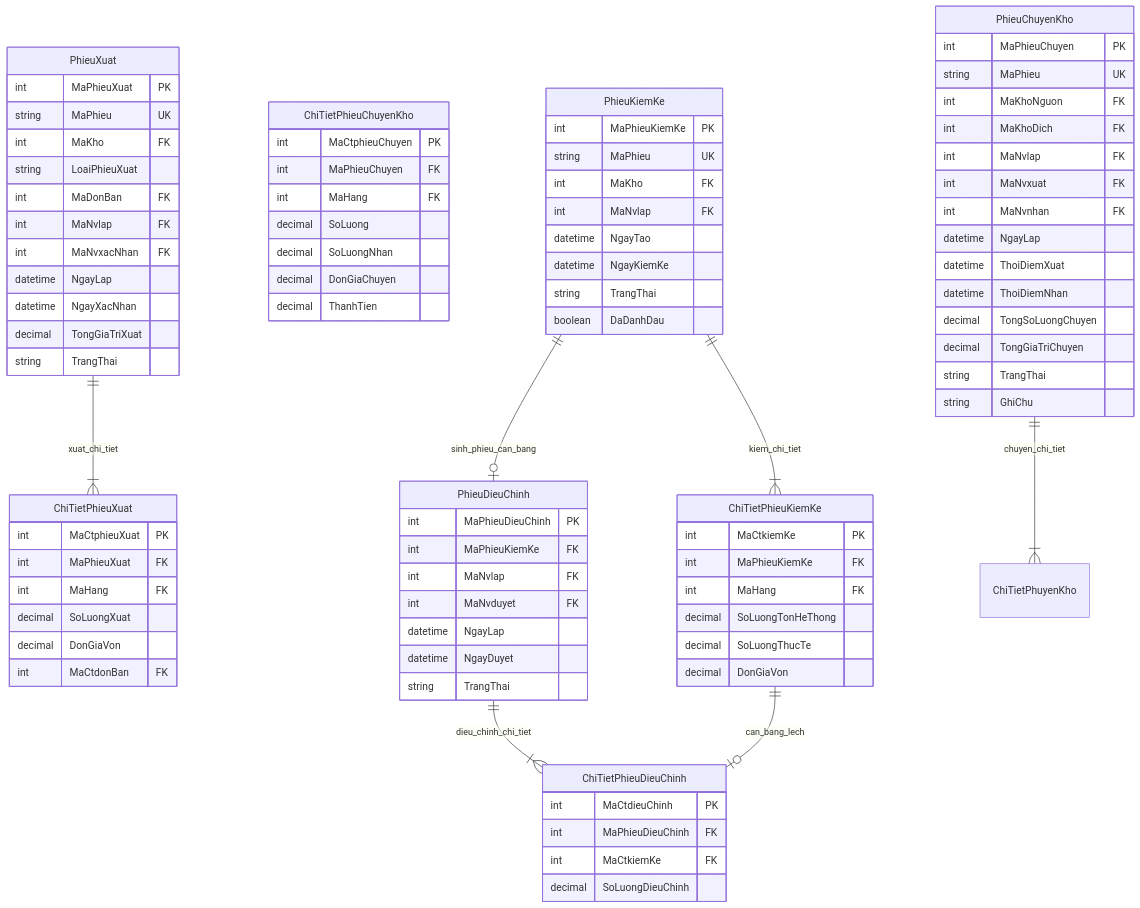
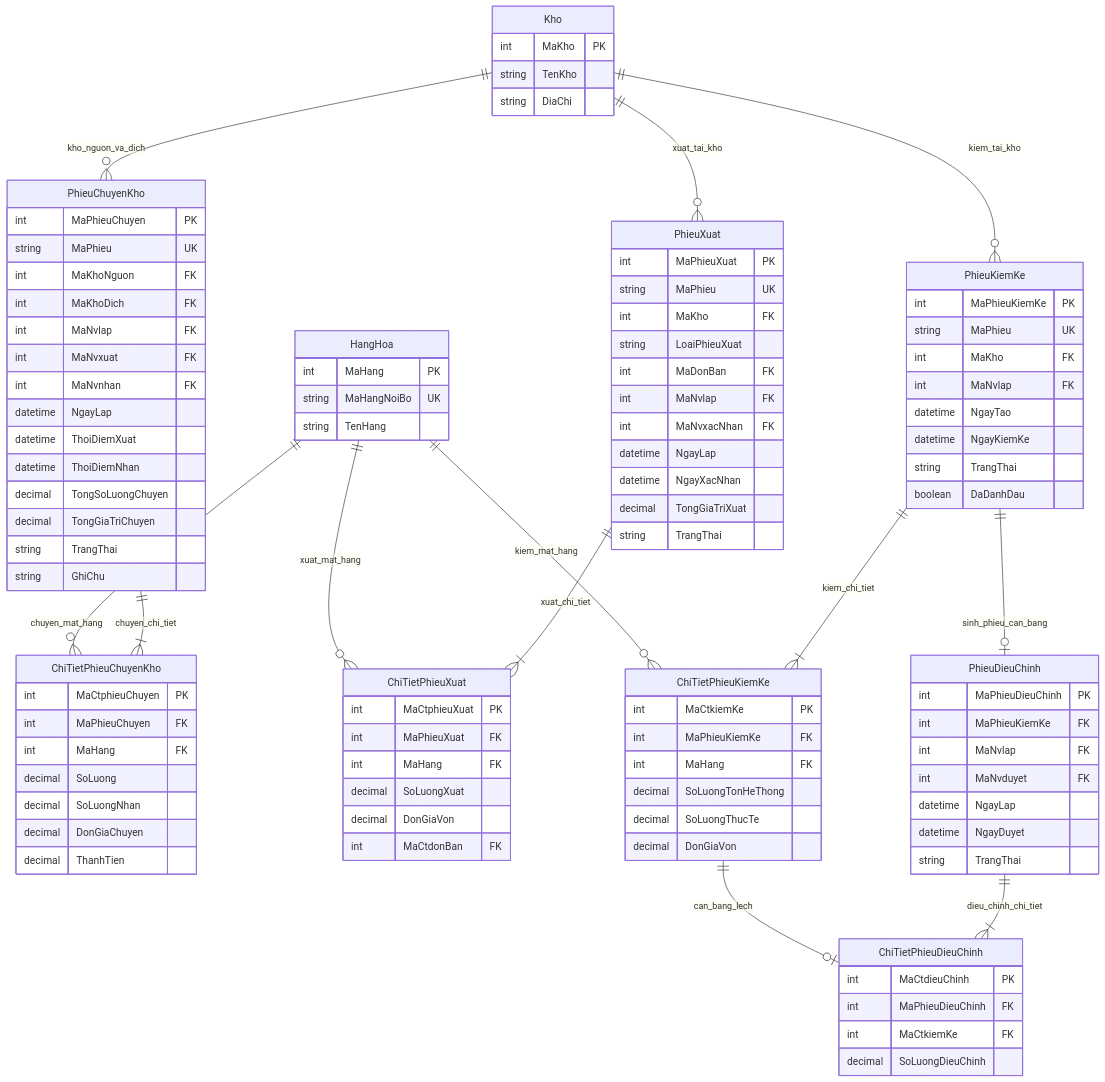
The fifth of 6 diagrams in docs/so-do-er-va-rm-csdl.md (Buituananh3101/BTL-LTW-QuanLiKho-2), drawn with Mermaid before and after one commit. The commit also changed 18 other files, not shown here.

````diff
--- a/docs/so-do-er-va-rm-csdl.md
+++ b/docs/so-do-er-va-rm-csdl.md
@@ -284,5 +284,17 @@
 ```mermaid
 erDiagram
+    Kho {
+        int MaKho PK
+        string TenKho
+        string DiaChi
+    }
+
+    HangHoa {
+        int MaHang PK
+        string MaHangNoiBo UK
+        string TenHang
+    }
+
     PhieuChuyenKho {
         int MaPhieuChuyen PK
         string MaPhieu UK
@@ -370,10 +382,18 @@
         decimal SoLuongDieuChinh
     }
 
-    PhieuChuyenKho ||--|{ ChiTietPhuyenKho : "chuyen_chi_tiet"
+    Kho ||--o{ PhieuChuyenKho : "kho_nguon_va_dich"
+    Kho ||--o{ PhieuXuat : "xuat_tai_kho"
+    Kho ||--o{ PhieuKiemKe : "kiem_tai_kho"
+
+    PhieuChuyenKho ||--|{ ChiTietPhieuChuyenKho : "chuyen_chi_tiet"
     PhieuXuat ||--|{ ChiTietPhieuXuat : "xuat_chi_tiet"
     PhieuKiemKe ||--|{ ChiTietPhieuKiemKe : "kiem_chi_tiet"
     PhieuKiemKe ||--o| PhieuDieuChinh : "sinh_phieu_can_bang"
     PhieuDieuChinh ||--|{ ChiTietPhieuDieuChinh : "dieu_chinh_chi_tiet"
     ChiTietPhieuKiemKe ||--o| ChiTietPhieuDieuChinh : "can_bang_lech"
+
+    HangHoa ||--o{ ChiTietPhieuChuyenKho : "chuyen_mat_hang"
+    HangHoa ||--o{ ChiTietPhieuXuat : "xuat_mat_hang"
+    HangHoa ||--o{ ChiTietPhieuKiemKe : "kiem_mat_hang"
 ```
````
